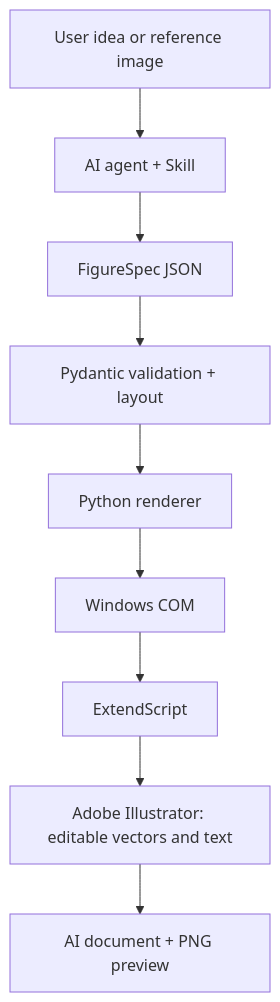
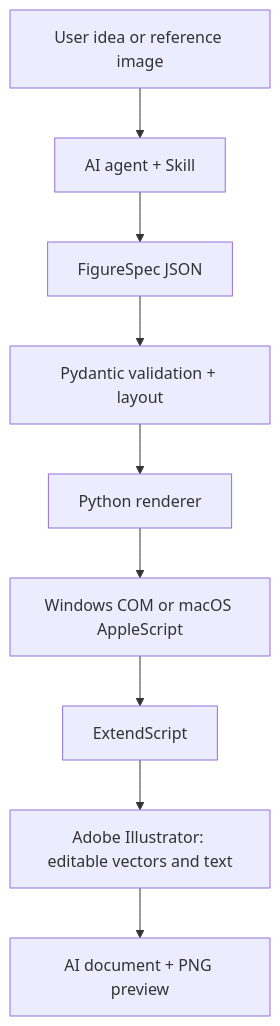
The diagram in README.md (LY2260789/scientific-illustrator-agent), drawn with Mermaid before and after one commit. The commit also changed other lines of this file and 8 other files, not shown here.

````diff
--- a/README.md
+++ b/README.md
@@ -27,11 +29,11 @@
 ```mermaid
 flowchart TD
     A[User idea or reference image] --> B[AI agent + Skill]
     B --> C[FigureSpec JSON]
     C --> D[Pydantic validation + layout]
     D --> E[Python renderer]
-    E --> F[Windows COM]
+    E --> F["Windows COM or macOS AppleScript"]
     F --> G[ExtendScript]
     G --> H[Adobe Illustrator: editable vectors and text]
     H --> I[AI document + PNG preview]
 ```
````
